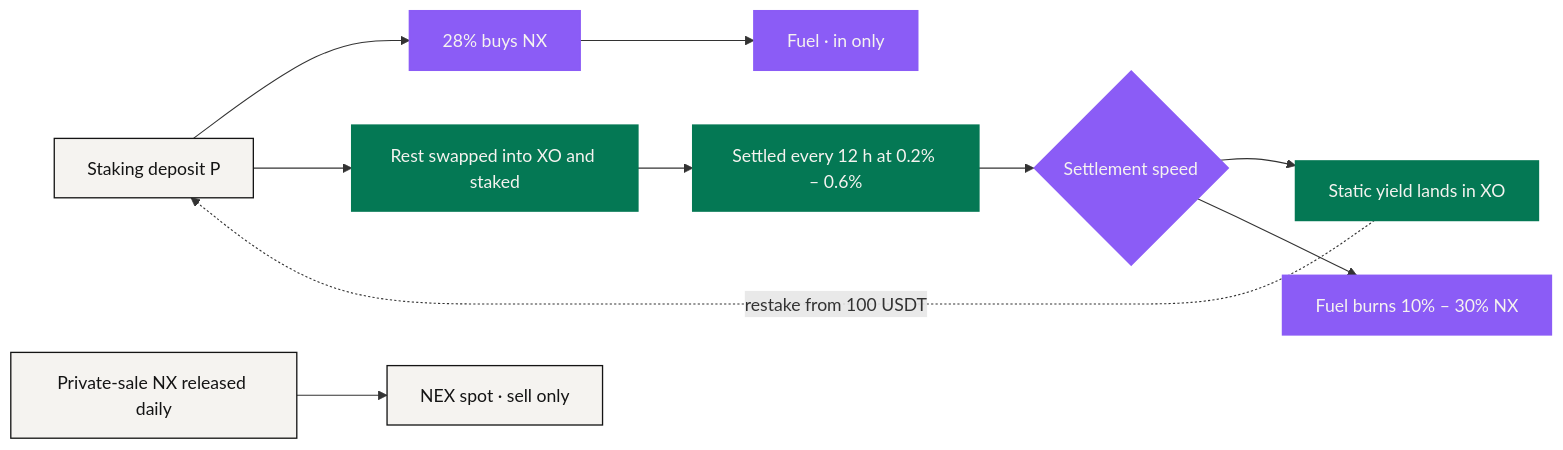
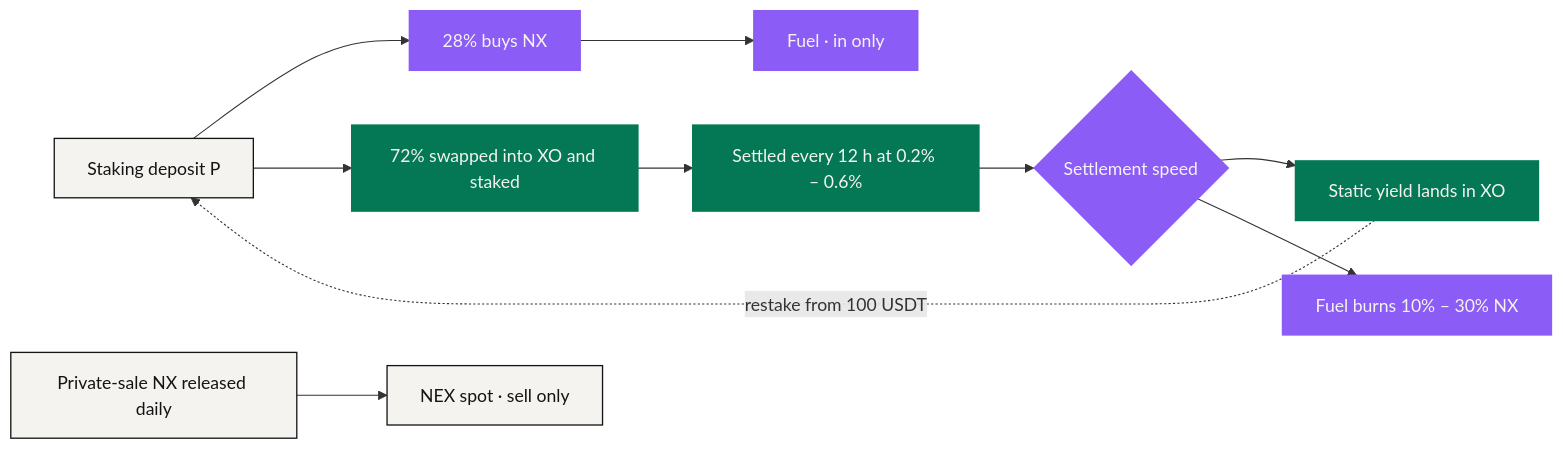
One commit to NEXONMarkets/NEXON-Whitepaper changed the diagram in docs/en/05-tokenomics/value-flows.md. Above: the diagram before and after it, drawn with Mermaid. The commit also changed other lines of this file and 23 other files, not shown here.

````diff
--- a/docs/en/05-tokenomics/value-flows.md
+++ b/docs/en/05-tokenomics/value-flows.md
@@ -68,18 +68,18 @@
 ```mermaid
 flowchart LR
     P["Staking deposit P"] --> B["28% buys NX"]
-    P --> S["Rest swapped into XO and staked"]
+    P --> S["72% swapped into XO and staked"]
     B --> W["Fuel · in only"]
     S --> R["Settled every 12 h at 0.2% – 0.6%"]
     R --> C{"Settlement speed"}
     C --> N["Static yield lands in XO"]
     C --> X["Fuel burns 10% – 30% NX"]
     N -. "restake from 100 USDT" .-> P
     V["Private-sale NX released daily"] --> M["NEX spot · sell only"]
     classDef anchor fill:#047854,stroke:#047854,stroke-width:1.5px,color:#F5F3F0
     classDef engine fill:#8B5CF6,stroke:#8B5CF6,stroke-width:1.5px,color:#F5F3F0
     classDef solid  fill:#F5F3F0,stroke:#141414,stroke-width:1.2px,color:#141414
     class P,V,M solid
     class S,R,N anchor
     class B,W,C,X engine
 ```
````
